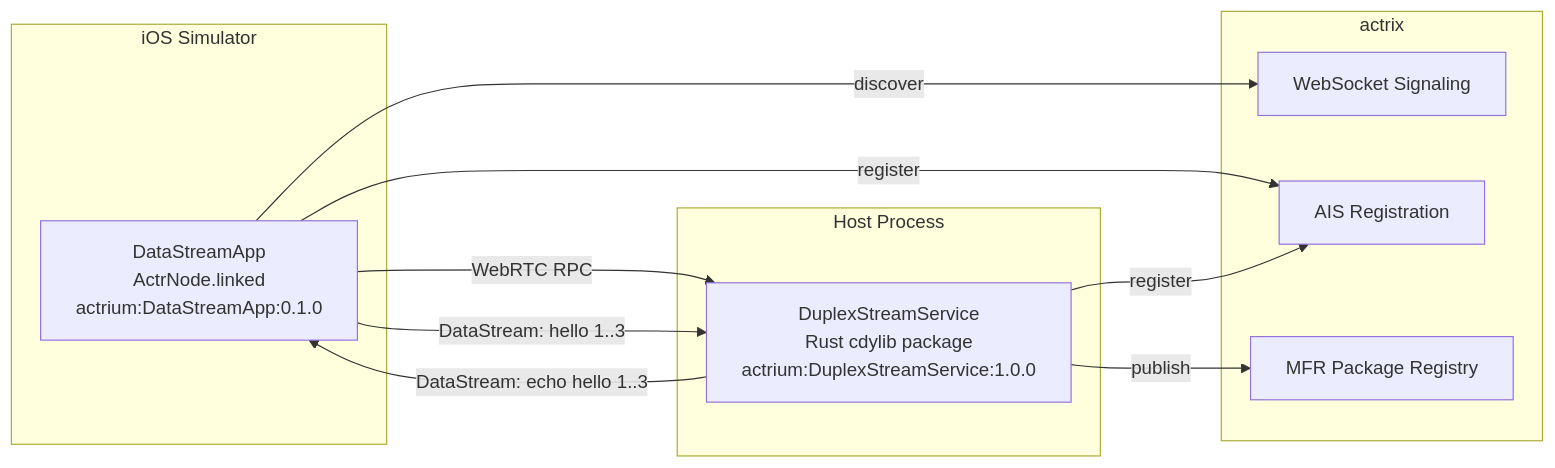
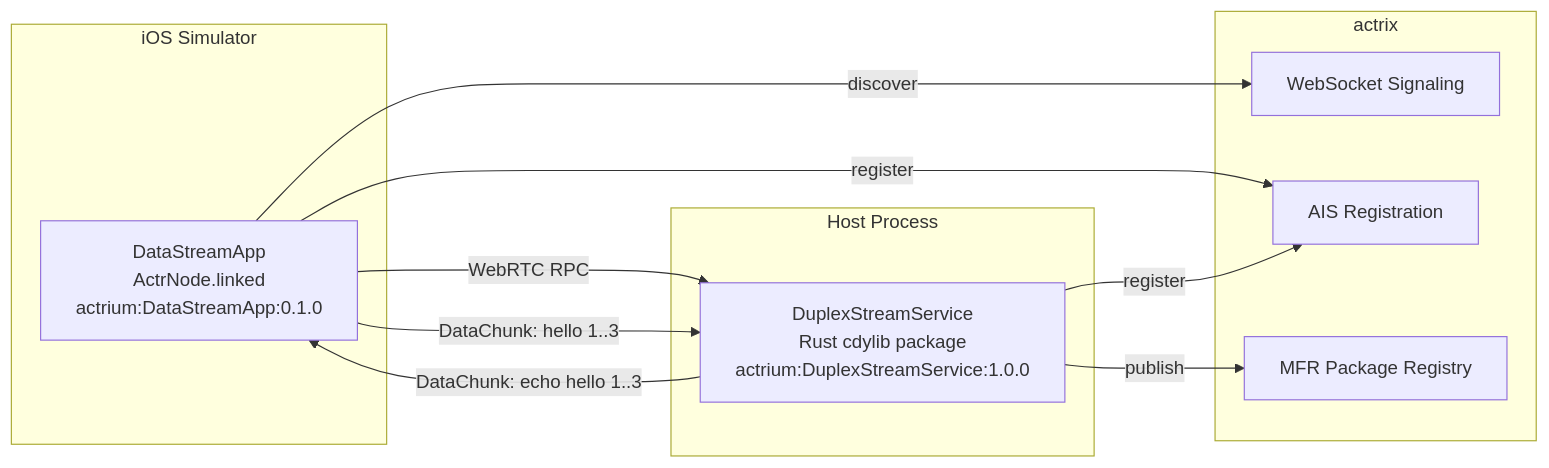
Before and after one commit to Actrium/actr: the diagram in e2e/swift-datastream-app/README.md, drawn with Mermaid. The commit also changed 53 other files, not shown here.

Commit message:
feat!: complete DataChunk API rename

````diff
--- a/e2e/swift-datastream-app/README.md
+++ b/e2e/swift-datastream-app/README.md
@@ -7,24 +7,24 @@
 ```mermaid
 graph LR
     subgraph iOS Simulator
         DS[DataStreamApp<br/>ActrNode.linked<br/>actrium:DataStreamApp:0.1.0]
     end
 
     subgraph actrix
         WS[WebSocket Signaling]
         AIS[AIS Registration]
         REG[MFR Package Registry]
     end
 
     subgraph Host Process
         DUS[DuplexStreamService<br/>Rust cdylib package<br/>actrium:DuplexStreamService:1.0.0]
     end
 
     DS -->|discover| WS
     DS -->|register| AIS
     DUS -->|register| AIS
     DUS -->|publish| REG
     DS -->|WebRTC RPC| DUS
-    DS -->|DataStream: hello 1..3| DUS
-    DUS -->|DataStream: echo hello 1..3| DS
+    DS -->|DataChunk: hello 1..3| DUS
+    DUS -->|DataChunk: echo hello 1..3| DS
 ```
````
